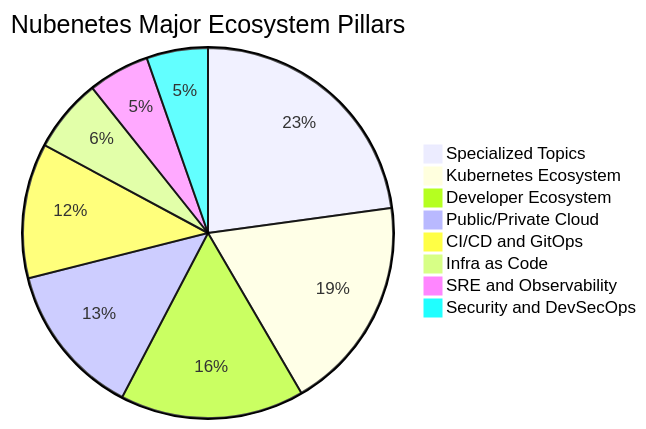
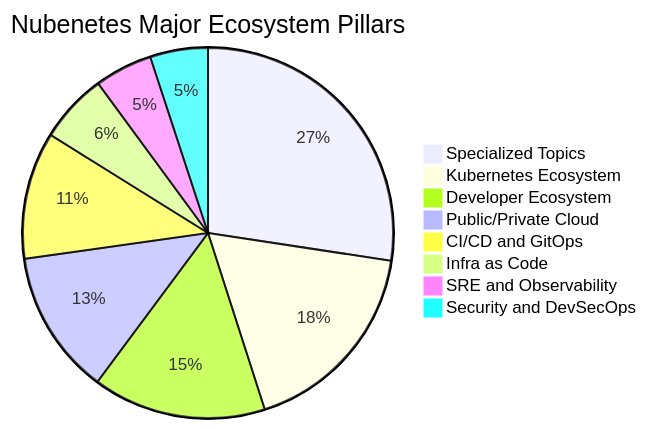
Before and after one commit to nubenetes/awesome-kubernetes: the second of 14 diagrams in README.md, drawn with Mermaid. The commit also changed other lines of this file and 265 other files, not shown here.

````diff
--- a/README.md
+++ b/README.md
@@ -307,11 +307,11 @@
 ```mermaid
 pie title Nubenetes Major Ecosystem Pillars
-    "Specialized Topics" : 4262
+    "Specialized Topics" : 5435
     "Kubernetes Ecosystem" : 3500
     "Developer Ecosystem" : 3000
     "Public/Private Cloud" : 2500
     "CI/CD and GitOps" : 2200
     "Infra as Code" : 1200
     "SRE and Observability" : 1000
     "Security and DevSecOps" : 1000
 ```
````
